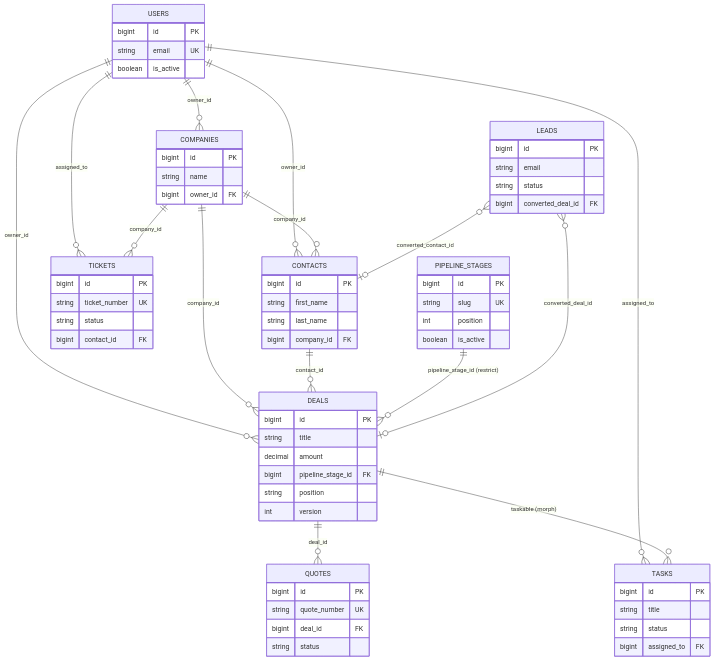
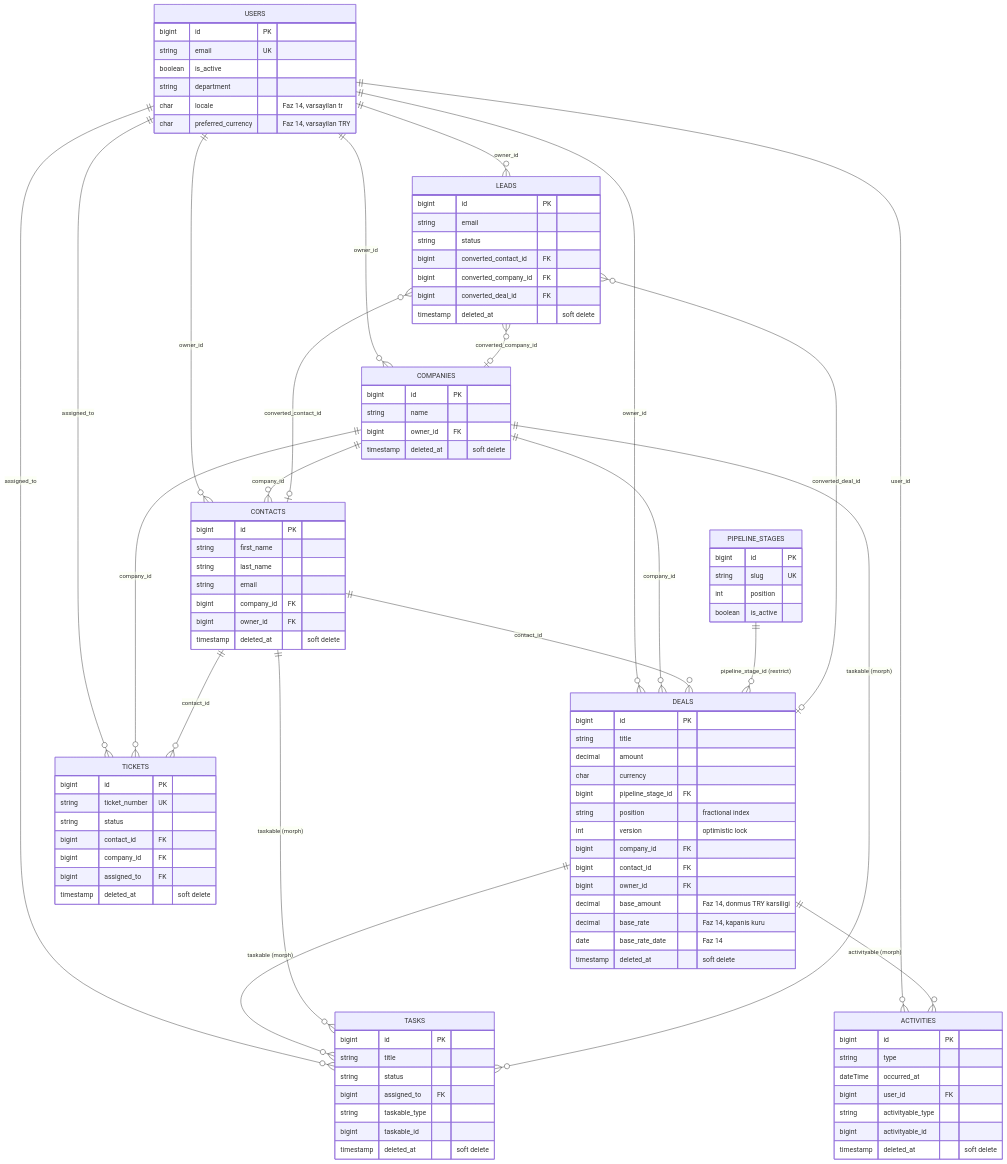
One commit to ayberkaarda/SIGMA-CRM changed the first of 5 diagrams in README.md. Above: the diagram before and after it, drawn with Mermaid. The commit also changed other lines of this file and 111 other files, not shown here.

````diff
--- a/README.md
+++ b/README.md
@@ -261,43 +492,59 @@
     USERS ||--o{ COMPANIES : "owner_id"
     USERS ||--o{ CONTACTS : "owner_id"
     USERS ||--o{ DEALS : "owner_id"
+    USERS ||--o{ LEADS : "owner_id"
     USERS ||--o{ TASKS : "assigned_to"
+    USERS ||--o{ ACTIVITIES : "user_id"
     USERS ||--o{ TICKETS : "assigned_to"
 
     COMPANIES ||--o{ CONTACTS : "company_id"
     COMPANIES ||--o{ DEALS : "company_id"
     COMPANIES ||--o{ TICKETS : "company_id"
     CONTACTS ||--o{ DEALS : "contact_id"
+    CONTACTS ||--o{ TICKETS : "contact_id"
 
     PIPELINE_STAGES ||--o{ DEALS : "pipeline_stage_id (restrict)"
-    DEALS ||--o{ QUOTES : "deal_id"
 
     LEADS }o--o| CONTACTS : "converted_contact_id"
+    LEADS }o--o| COMPANIES : "converted_company_id"
     LEADS }o--o| DEALS : "converted_deal_id"
 
     DEALS ||--o{ TASKS : "taskable (morph)"
+    DEALS ||--o{ ACTIVITIES : "activityable (morph)"
+    CONTACTS ||--o{ TASKS : "taskable (morph)"
+    COMPANIES ||--o{ TASKS : "taskable (morph)"
 
     USERS {
         bigint id PK
         string email UK
         boolean is_active
+        string department
+        char locale "Faz 14, varsayilan tr"
+        char preferred_currency "Faz 14, varsayilan TRY"
     }
     COMPANIES {
         bigint id PK
         string name
         bigint owner_id FK
+        timestamp deleted_at "soft delete"
     }
     CONTACTS {
         bigint id PK
         string first_name
         string last_name
+        string email
         bigint company_id FK
+        bigint owner_id FK
+        timestamp deleted_at "soft delete"
     }
     LEADS {
         bigint id PK
         string email
         string status
+        bigint converted_contact_id FK
+        bigint converted_company_id FK
         bigint converted_deal_id FK
+        timestamp deleted_at "soft delete"
     }
     PIPELINE_STAGES {
         bigint id PK
@@ -309,26 +556,43 @@
         bigint id PK
         string title
         decimal amount
+        char currency
         bigint pipeline_stage_id FK
-        string position
-        int version
+        string position "fractional index"
+        int version "optimistic lock"
+        bigint company_id FK
+        bigint contact_id FK
+        bigint owner_id FK
+        decimal base_amount "Faz 14, donmus TRY karsiligi"
+        decimal base_rate "Faz 14, kapanis kuru"
+        date base_rate_date "Faz 14"
+        timestamp deleted_at "soft delete"
     }
-    QUOTES {
+    TASKS {
         bigint id PK
-        string quote_number UK
-        bigint deal_id FK
+        string title
         string status
+        bigint assigned_to FK
+        string taskable_type
+        bigint taskable_id
+        timestamp deleted_at "soft delete"
+    }
+    ACTIVITIES {
+        bigint id PK
+        string type
+        dateTime occurred_at
+        bigint user_id FK
+        string activityable_type
+        bigint activityable_id
+        timestamp deleted_at "soft delete"
     }
     TICKETS {
         bigint id PK
         string ticket_number UK
         string status
         bigint contact_id FK
-    }
-    TASKS {
-        bigint id PK
-        string title
-        string status
+        bigint company_id FK
         bigint assigned_to FK
+        timestamp deleted_at "soft delete"
     }
 ```
````
